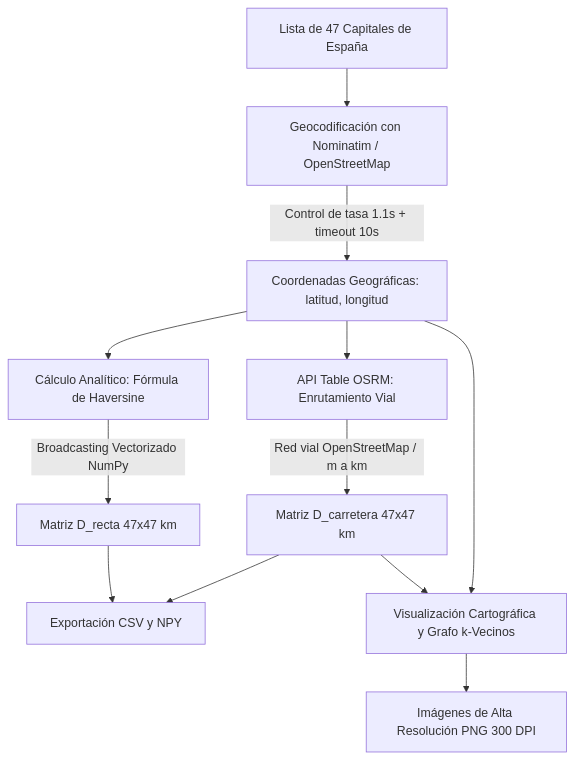
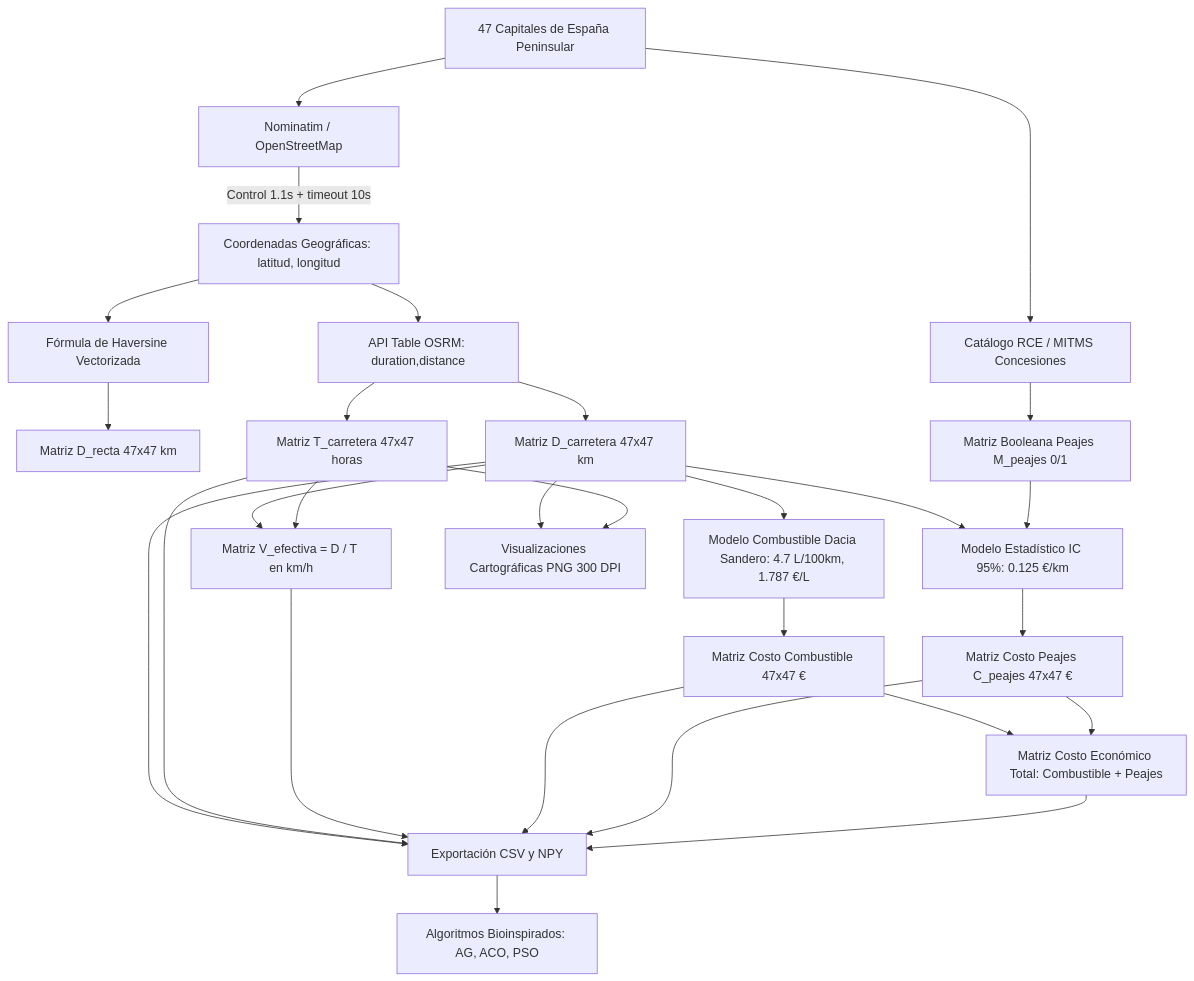
The diagram in Parte_2/DOCUMENTACION_METODOLOGICA_TSP.md (Gmiercrack/Redes-Neuronales-y-algoritmos-Bionispirados), drawn with Mermaid before and after one commit. The commit also changed other lines of this file and 5 other files, not shown here.

Commit message:
Update con costo de pejaes y por kilometro recorrido

````diff
--- a/Parte_2/DOCUMENTACION_METODOLOGICA_TSP.md
+++ b/Parte_2/DOCUMENTACION_METODOLOGICA_TSP.md
@@ -186,18 +257,30 @@
 ```mermaid
 flowchart TD
-    A[Lista de 47 Capitales de España] --> B[Geocodificación con Nominatim / OpenStreetMap]
-    B -->|Control de tasa 1.1s + timeout 10s| C[Coordenadas Geográficas: latitud, longitud]
+    A[47 Capitales de España Peninsular] --> B[Nominatim / OpenStreetMap]
+    B -->|Control 1.1s + timeout 10s| C[Coordenadas Geográficas: latitud, longitud]
     
-    C --> D[Cálculo Analítico: Fórmula de Haversine]
-    D -->|Broadcasting Vectorizado NumPy| E[Matriz D_recta 47x47 km]
+    C --> D[Fórmula de Haversine Vectorizada]
+    D --> E[Matriz D_recta 47x47 km]
     
-    C --> F[API Table OSRM: Enrutamiento Vial]
-    F -->|Red vial OpenStreetMap / m a km| G[Matriz D_carretera 47x47 km]
+    C --> F[API Table OSRM: duration,distance]
+    F --> G[Matriz D_carretera 47x47 km]
+    F --> H[Matriz T_carretera 47x47 horas]
     
-    E --> H[Exportación CSV y NPY]
-    G --> H
+    G & H --> V[Matriz V_efectiva = D / T en km/h]
     
-    C --> I[Visualización Cartográfica y Grafo k-Vecinos]
-    G --> I
-    I --> J[Imágenes de Alta Resolución PNG 300 DPI]
+    G --> COMB[Modelo Combustible Dacia Sandero: 4.7 L/100km, 1.787 €/L]
+    COMB --> C_COMB[Matriz Costo Combustible 47x47 €]
+    
+    A --> I[Catálogo RCE / MITMS Concesiones]
+    I --> J[Matriz Booleana Peajes M_peajes 0/1]
+    
+    G & J --> K[Modelo Estadístico IC 95%: 0.125 €/km]
+    K --> L[Matriz Costo Peajes C_peajes 47x47 €]
+    
+    C_COMB & L --> C_TOTAL[Matriz Costo Económico Total: Combustible + Peajes]
+    
+    G & H & V & C_COMB & L & C_TOTAL --> M[Exportación CSV y NPY]
+    G & H --> N[Visualizaciones Cartográficas PNG 300 DPI]
+    
+    M --> O[Algoritmos Bioinspirados: AG, ACO, PSO]
 ```
````
